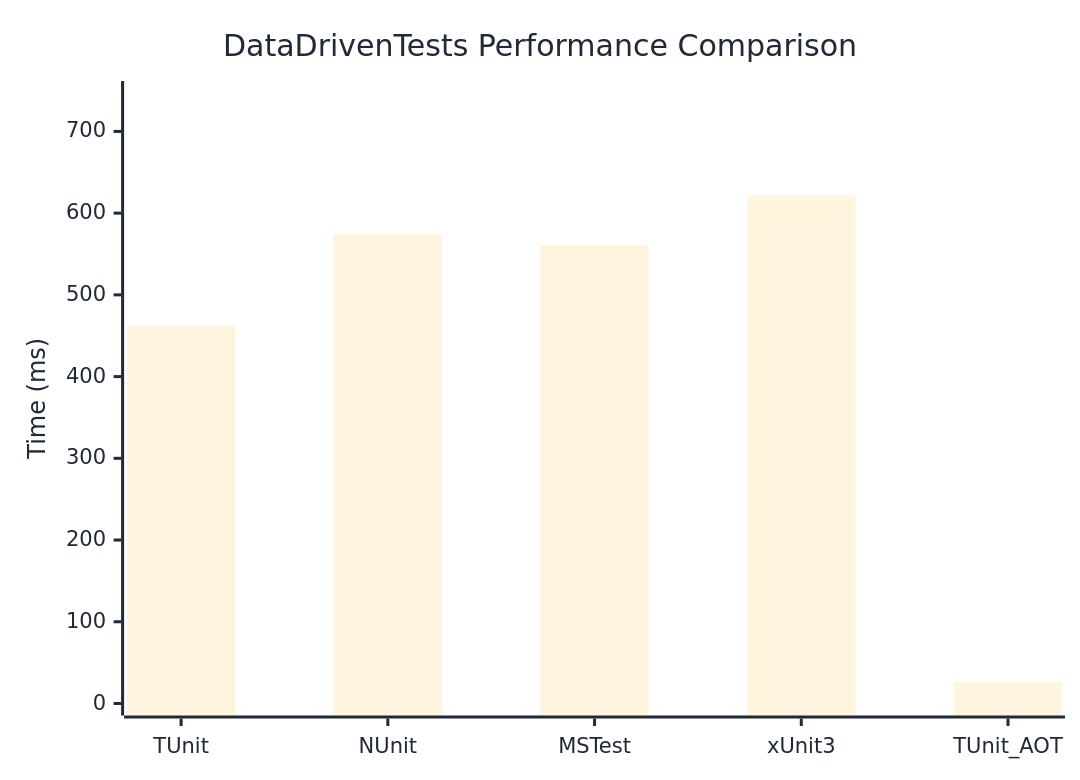
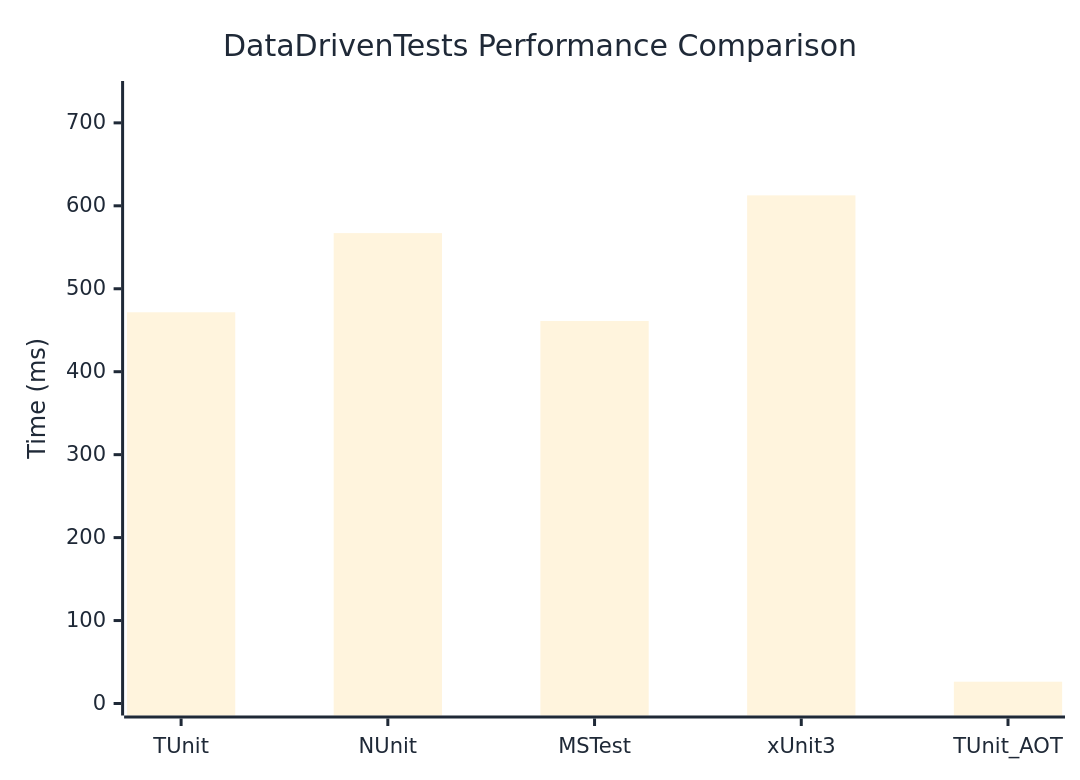
The diagram in docs/docs/benchmarks/DataDrivenTests.md (thomhurst/TUnit), drawn with Mermaid before and after one commit. The commit also changed other lines of this file and 17 other files, not shown here.

````diff
--- a/docs/docs/benchmarks/DataDrivenTests.md
+++ b/docs/docs/benchmarks/DataDrivenTests.md
@@ -27,37 +27,37 @@
 ```mermaid
 %%{init: {
   'theme':'base',
   'themeVariables': {
     'primaryColor': '#2563eb',
     'primaryTextColor': '#1f2937',
     'primaryBorderColor': '#1e40af',
     'lineColor': '#6b7280',
     'secondaryColor': '#7c3aed',
     'tertiaryColor': '#dc2626',
     'background': '#ffffff',
     'mainBkg': '#2563eb',
     'secondBkg': '#7c3aed',
     'tertiaryBkg': '#dc2626',
     'clusterBkg': '#f3f4f6',
     'edgeLabelBackground': '#ffffff',
     'tertiaryTextColor': '#1f2937',
     'pie1': '#2563eb',
     'pie2': '#7c3aed',
     'pie3': '#dc2626',
     'pie4': '#f59e0b',
     'pie5': '#10b981',
     'pie6': '#06b6d4',
     'pie7': '#ec4899',
     'pie8': '#6366f1',
     'pie9': '#84cc16',
     'pie10': '#f97316',
     'pie11': '#14b8a6',
     'pie12': '#a855f7'
   }
 }}%%
 xychart-beta
   title "DataDrivenTests Performance Comparison"
   x-axis ["TUnit", "NUnit", "MSTest", "xUnit3", "TUnit_AOT"]
-  y-axis "Time (ms)" 0 --> 747
-  bar [461.8, 574.51, 561.21, 621.87, 26.81]
+  y-axis "Time (ms)" 0 --> 736
+  bar [471.65, 567.1, 461.19, 612.58, 26.27]
 ```
````
